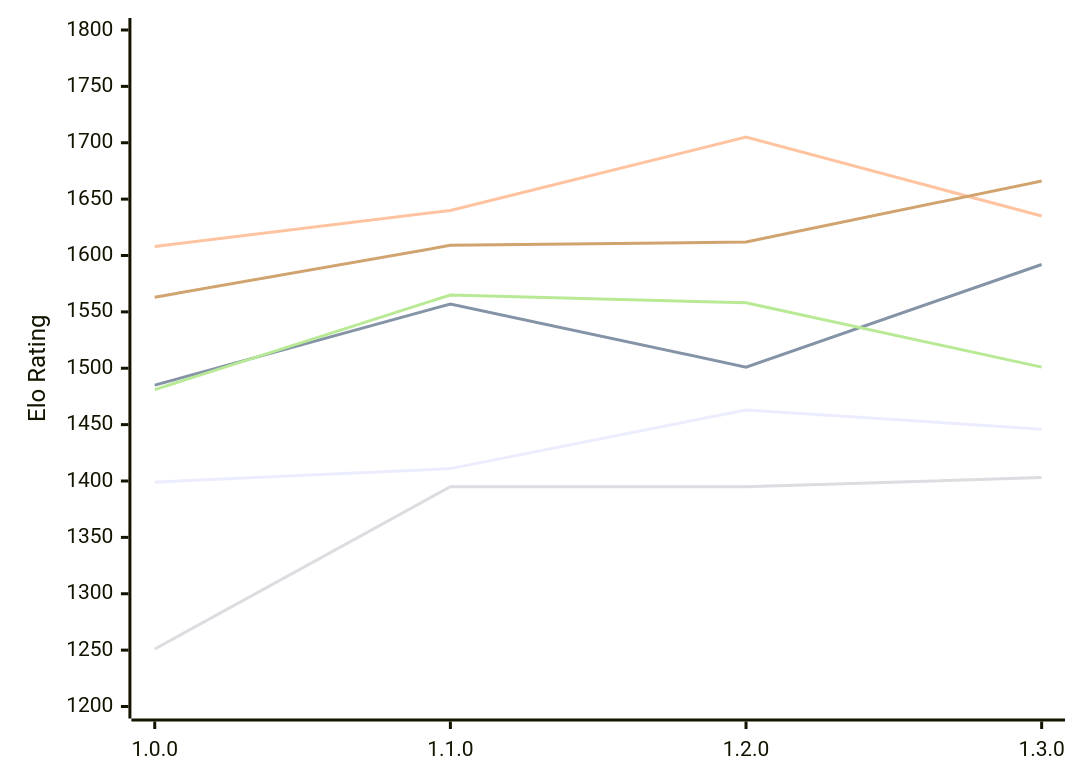
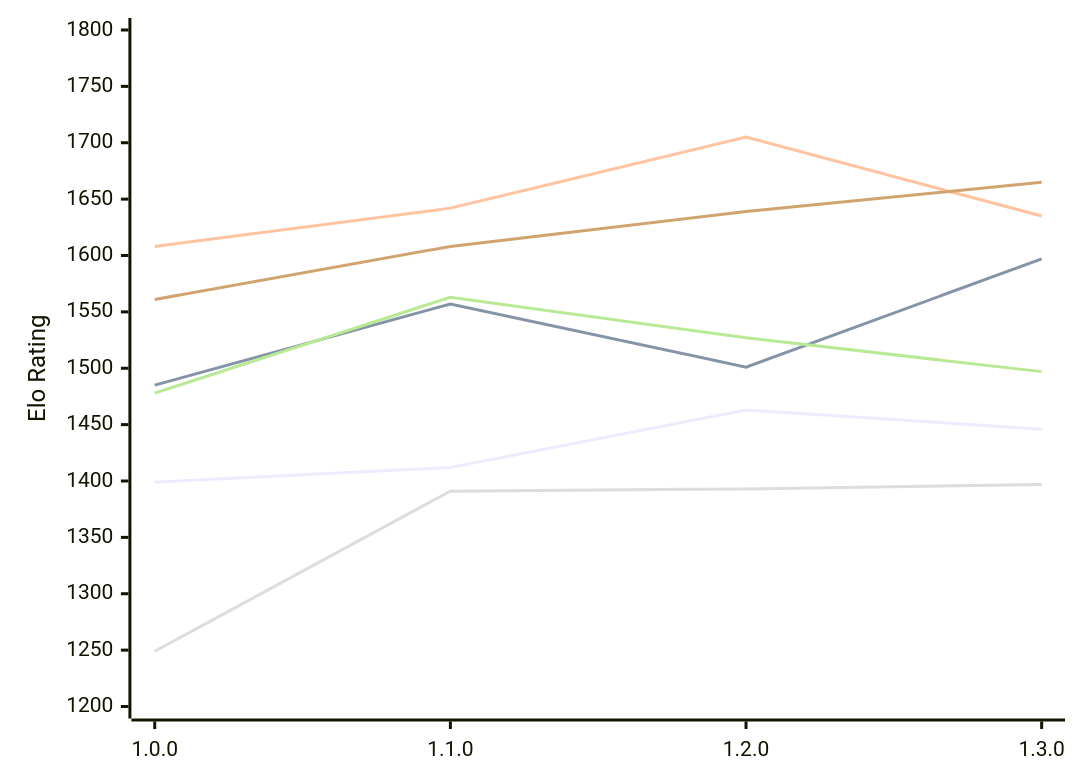
Before and after one commit to computer-chess-index/cci: the diagram in engines/Klak.md, drawn with Mermaid. The commit also changed other lines of this file, not shown here.

Commit message:
Update CCI Ratings (ELO VLTC) - 2026-11-20

````diff
--- a/engines/Klak.md
+++ b/engines/Klak.md
@@ -53,12 +53,12 @@
 ```mermaid
 %%{init: {"theme":"base","themeVariables":{"seriesColors:['#a3a3a3','#222221','#faa371']}}}%%
 xychart-beta
   x-axis ["1.0.0", "1.1.0", "1.2.0", "1.3.0"]
   y-axis "Elo Rating" 1200 --> 1800
-  line "E1: STC (8.0+0.08s)" [1399, 1411, 1463, 1446]
-  line "E1: LTC (60.0+0.60s)" [1485, 1557, 1501, 1592]
-  line "E1: VLTC (2m24s+1.12s)" [1608, 1640, 1705, 1635]
-  line "P1: STC (8.0+0.08s)" [1251, 1395, 1395, 1403]
-  line "P1: LTC (60.0+0.60s)" [1481, 1565, 1558, 1501]
-  line "P1: VLTC (2m24s+1.12s)" [1563, 1609, 1612, 1666]
+  line "E1: STC (8.0+0.08s)" [1399, 1412, 1463, 1446]
+  line "E1: LTC (60.0+0.60s)" [1485, 1557, 1501, 1597]
+  line "E1: VLTC (2m24s+1.12s)" [1608, 1642, 1705, 1635]
+  line "P1: STC (8.0+0.08s)" [1249, 1391, 1393, 1397]
+  line "P1: LTC (60.0+0.60s)" [1478, 1563, 1527, 1497]
+  line "P1: VLTC (2m24s+1.12s)" [1561, 1608, 1639, 1665]
 ```
````
